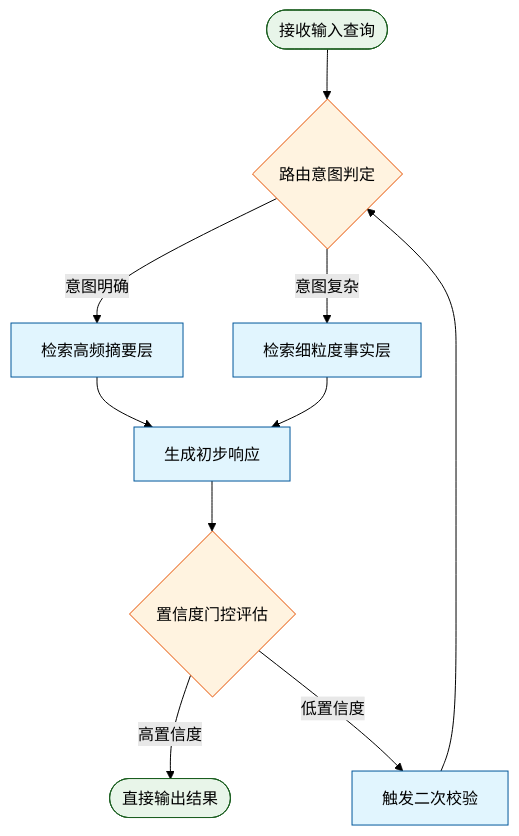
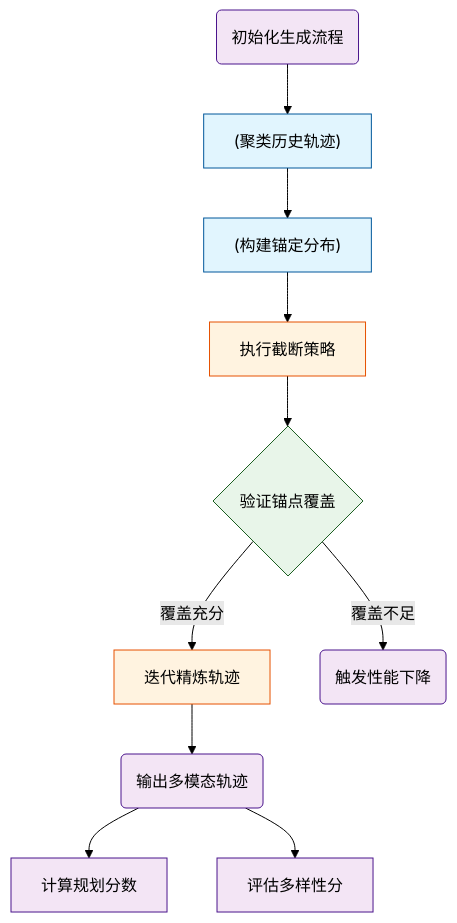
The second of 10 diagrams in person_vault/2026-06-08_DiffusionDrive_2411.15139/report.md (ShinewineW/paper-rolling), drawn with Mermaid (forest theme) before and after one commit. The commit also changed other lines of this file and 51 other files, not shown here.

````diff
--- a/person_vault/2026-06-08_DiffusionDrive_2411.15139/report.md
+++ b/person_vault/2026-06-08_DiffusionDrive_2411.15139/report.md
@@ -85,18 +85,27 @@
 ```mermaid
-flowchart TB
-  start(["接收输入查询"]) --> route_check{路由意图判定}
-  route_check -->|意图明确| fetch_high["检索高频摘要层"]
-  route_check -->|意图复杂| fetch_low["检索细粒度事实层"]
-  fetch_high --> gen_attempt["生成初步响应"]
-  fetch_low --> gen_attempt
-  gen_attempt --> conf_gate{置信度门控评估}
-  conf_gate -->|高置信度| output(["直接输出结果"])
-  conf_gate -->|低置信度| retry["触发二次校验"]
-  retry --> route_check
-  classDef process fill:#e1f5fe,stroke:#01579b,color:#000000;
-  classDef decision fill:#fff3e0,stroke:#e65100,color:#000000;
-  classDef io fill:#e8f5e9,stroke:#1b5e20,color:#000000;
-  class route_check,conf_gate decision;
-  class fetch_high,fetch_low,retry,gen_attempt process;
-  class start,output io;
+flowchart TD
+  classDef data fill:#e1f5fe,stroke:#01579b,color:#000;
+  classDef process fill:#fff3e0,stroke:#e65100,color:#000;
+  classDef decision fill:#e8f5e9,stroke:#1b5e20,color:#000;
+  classDef output fill:#f3e5f5,stroke:#4a148c,color:#000;
+
+  start_node(初始化生成流程):::output
+  data_anchor["(聚类历史轨迹)"]:::data
+  dist_anchor["(构建锚定分布)"]:::data
+  trunc_policy["执行截断策略"]:::process
+  check_cov{验证锚点覆盖}:::decision
+  cascade_dec["迭代精炼轨迹"]:::process
+  out_traj(输出多模态轨迹):::output
+  eval_pdms["计算规划分数"]:::output
+  eval_div["评估多样性分"]:::output
+
+  start_node --> data_anchor
+  data_anchor --> dist_anchor
+  dist_anchor --> trunc_policy
+  trunc_policy --> check_cov
+  check_cov -->|覆盖充分| cascade_dec
+  check_cov -->|覆盖不足| fail_node(触发性能下降):::output
+  cascade_dec --> out_traj
+  out_traj --> eval_pdms
+  out_traj --> eval_div
 ```
````
